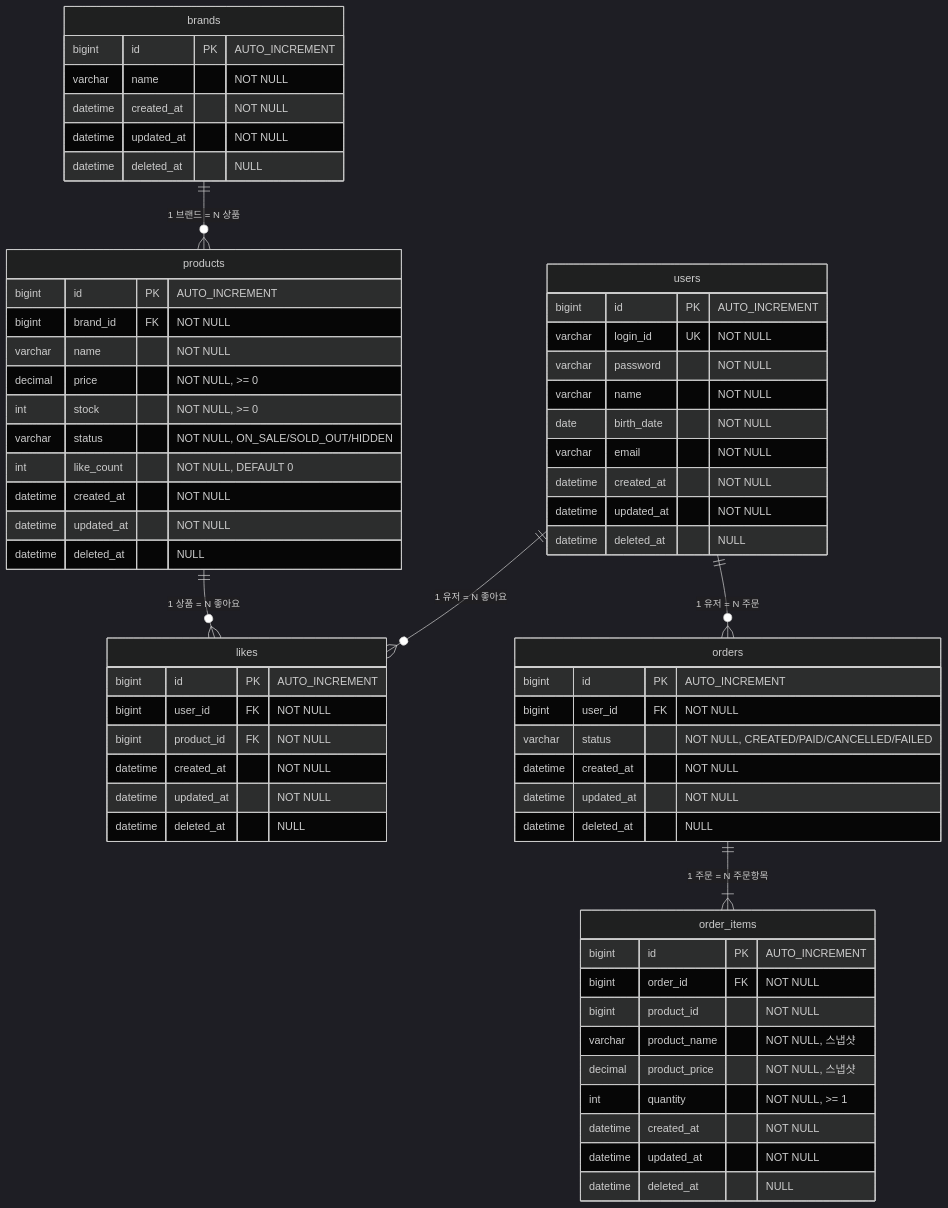
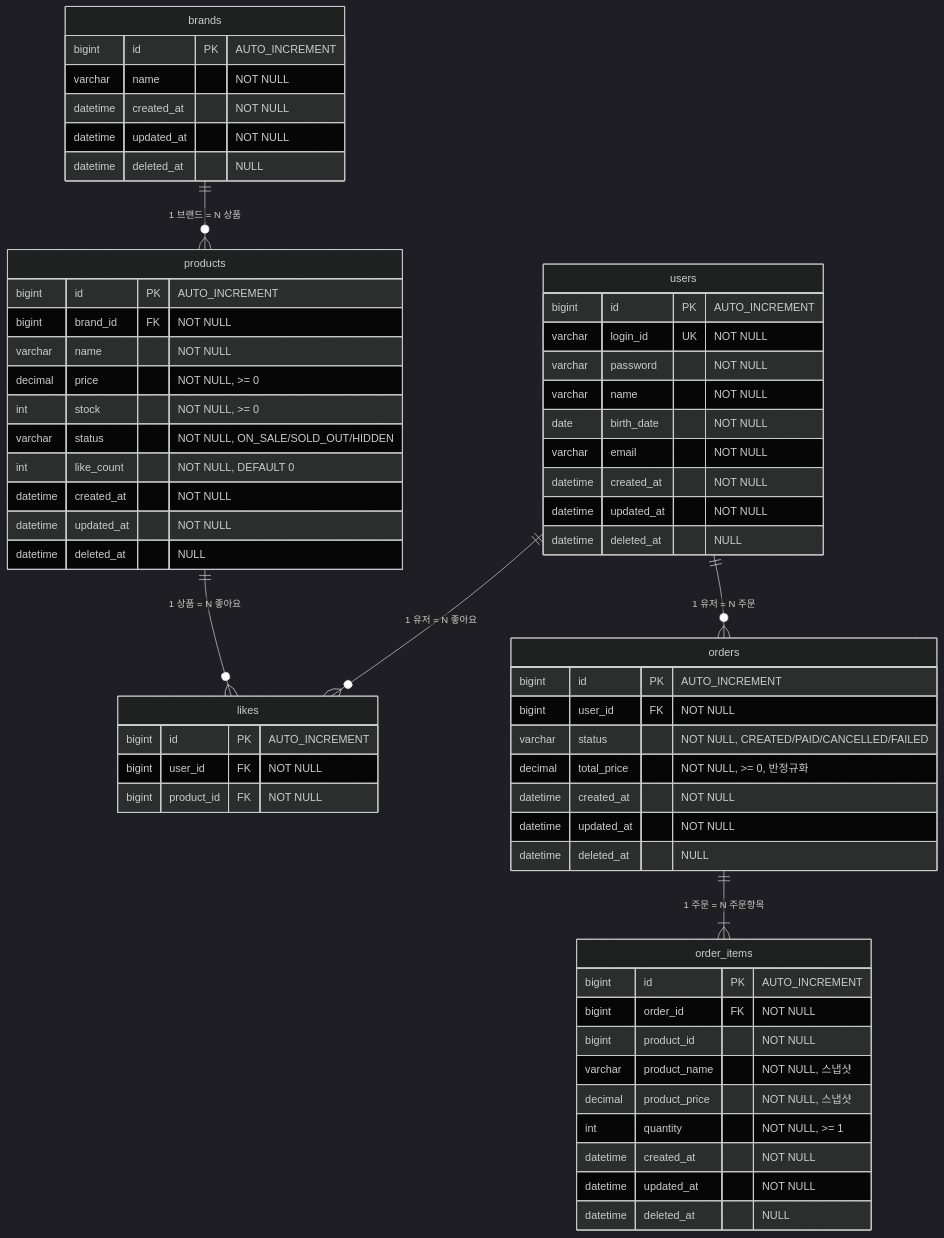
The diagram in docs/design/04-erd.md (Loopers-dev-lab/loop-pack-be-l2-vol3-kotlin), drawn with Mermaid (dark theme) before and after one commit. The commit also changed other lines of this file and 5 other files, not shown here.

````diff
--- a/docs/design/04-erd.md
+++ b/docs/design/04-erd.md
@@ -21,71 +21,69 @@
 ```mermaid
 erDiagram
     users {
         bigint id PK "AUTO_INCREMENT"
         varchar login_id UK "NOT NULL"
         varchar password "NOT NULL"
         varchar name "NOT NULL"
         date birth_date "NOT NULL"
         varchar email "NOT NULL"
         datetime created_at "NOT NULL"
         datetime updated_at "NOT NULL"
         datetime deleted_at "NULL"
     }
 
     brands {
         bigint id PK "AUTO_INCREMENT"
         varchar name "NOT NULL"
         datetime created_at "NOT NULL"
         datetime updated_at "NOT NULL"
         datetime deleted_at "NULL"
     }
 
     products {
         bigint id PK "AUTO_INCREMENT"
         bigint brand_id FK "NOT NULL"
         varchar name "NOT NULL"
         decimal price "NOT NULL, >= 0"
         int stock "NOT NULL, >= 0"
         varchar status "NOT NULL, ON_SALE/SOLD_OUT/HIDDEN"
         int like_count "NOT NULL, DEFAULT 0"
         datetime created_at "NOT NULL"
         datetime updated_at "NOT NULL"
         datetime deleted_at "NULL"
     }
 
     likes {
         bigint id PK "AUTO_INCREMENT"
         bigint user_id FK "NOT NULL"
         bigint product_id FK "NOT NULL"
-        datetime created_at "NOT NULL"
-        datetime updated_at "NOT NULL"
-        datetime deleted_at "NULL"
     }
 
     orders {
         bigint id PK "AUTO_INCREMENT"
         bigint user_id FK "NOT NULL"
         varchar status "NOT NULL, CREATED/PAID/CANCELLED/FAILED"
+        decimal total_price "NOT NULL, >= 0, 반정규화"
         datetime created_at "NOT NULL"
         datetime updated_at "NOT NULL"
         datetime deleted_at "NULL"
     }
 
     order_items {
         bigint id PK "AUTO_INCREMENT"
         bigint order_id FK "NOT NULL"
         bigint product_id "NOT NULL"
         varchar product_name "NOT NULL, 스냅샷"
         decimal product_price "NOT NULL, 스냅샷"
         int quantity "NOT NULL, >= 1"
         datetime created_at "NOT NULL"
         datetime updated_at "NOT NULL"
         datetime deleted_at "NULL"
     }
 
-    brands ||--o{ products : "1 브랜드 = N 상품"
-    products ||--o{ likes : "1 상품 = N 좋아요"
-    users ||--o{ likes : "1 유저 = N 좋아요"
-    users ||--o{ orders : "1 유저 = N 주문"
-    orders ||--|{ order_items : "1 주문 = N 주문항목"
+    brands ||--o{ products: "1 브랜드 = N 상품"
+    products ||--o{ likes: "1 상품 = N 좋아요"
+    users ||--o{ likes: "1 유저 = N 좋아요"
+    users ||--o{ orders: "1 유저 = N 주문"
+    orders ||--|{ order_items: "1 주문 = N 주문항목"
 ```
````
